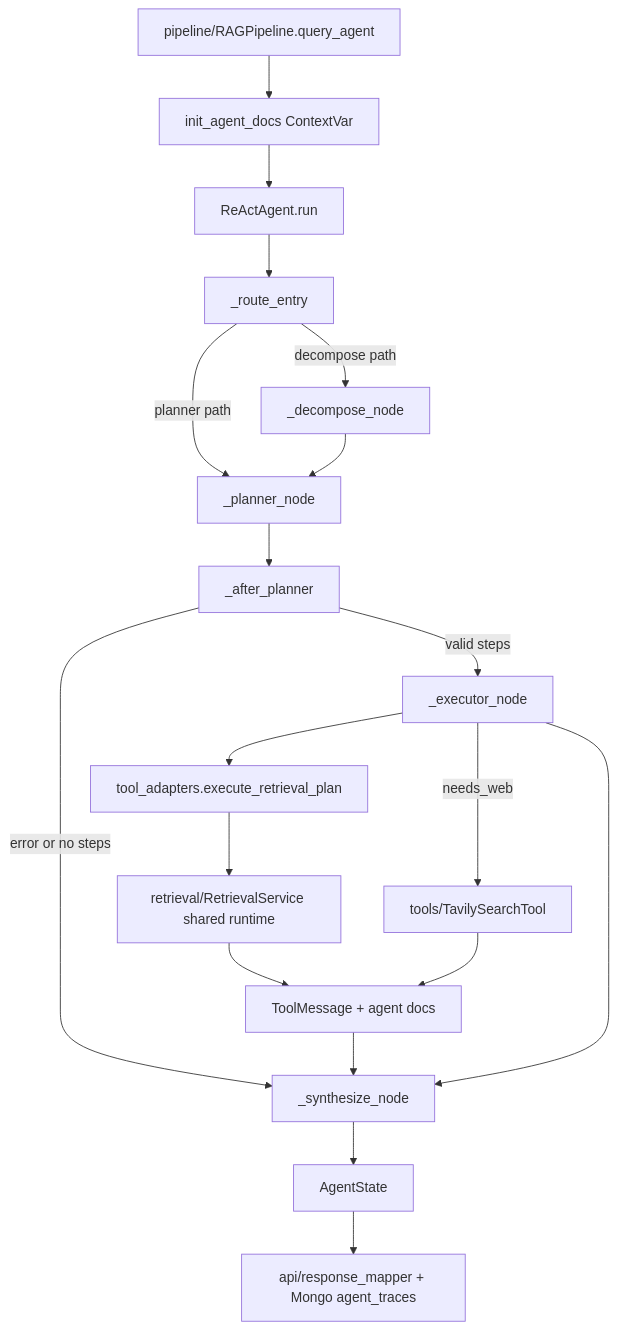
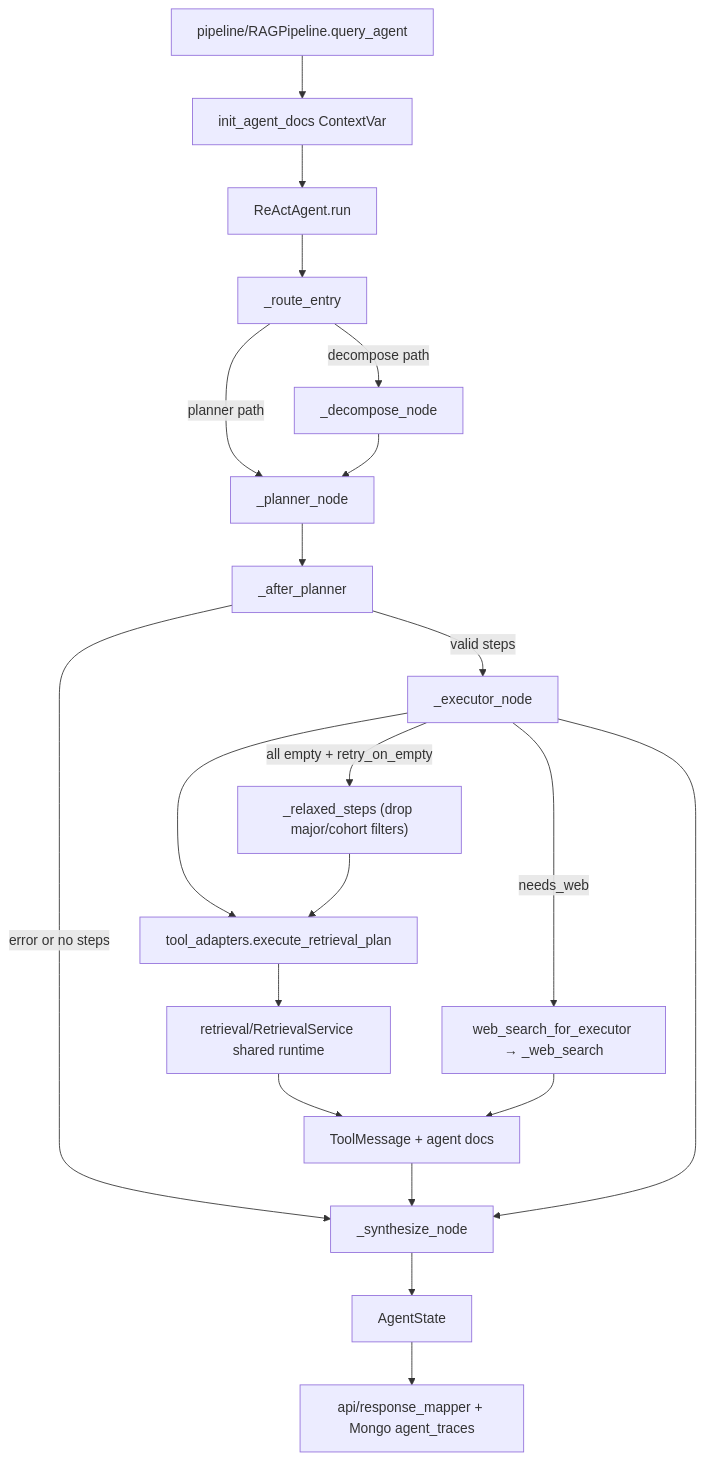
One commit to hoainam183/GR changed the diagram in src/RAG_v2/agent/MODULE.md. Above: the diagram before and after it, drawn with Mermaid. The commit also changed other lines of this file and 38 other files, not shown here.

````diff
--- a/src/RAG_v2/agent/MODULE.md
+++ b/src/RAG_v2/agent/MODULE.md
@@ -76,21 +82,23 @@
 ```mermaid
 flowchart TD
   Pipeline["pipeline/RAGPipeline.query_agent"] --> InitDocs["init_agent_docs ContextVar"]
   InitDocs --> Run["ReActAgent.run"]
   Run --> Route["_route_entry"]
   Route -->|decompose path| Decompose["_decompose_node"]
   Route -->|planner path| Planner["_planner_node"]
   Decompose --> Planner
   Planner --> After["_after_planner"]
   After -->|valid steps| Execute["_executor_node"]
   After -->|error or no steps| Synthesize["_synthesize_node"]
   Execute --> Adapter["tool_adapters.execute_retrieval_plan"]
+  Execute -->|all empty + retry_on_empty| Relax["_relaxed_steps (drop major/cohort filters)"]
+  Relax --> Adapter
   Adapter --> Retrieval["retrieval/RetrievalService shared runtime"]
-  Execute -->|needs_web| Tavily["tools/TavilySearchTool"]
+  Execute -->|needs_web| Tavily["web_search_for_executor → _web_search"]
   Retrieval --> ToolMsgs["ToolMessage + agent docs"]
   Tavily --> ToolMsgs
   ToolMsgs --> Synthesize
   Execute --> Synthesize
   Synthesize --> State["AgentState"]
   State --> Mapper["api/response_mapper + Mongo agent_traces"]
 ```
````
